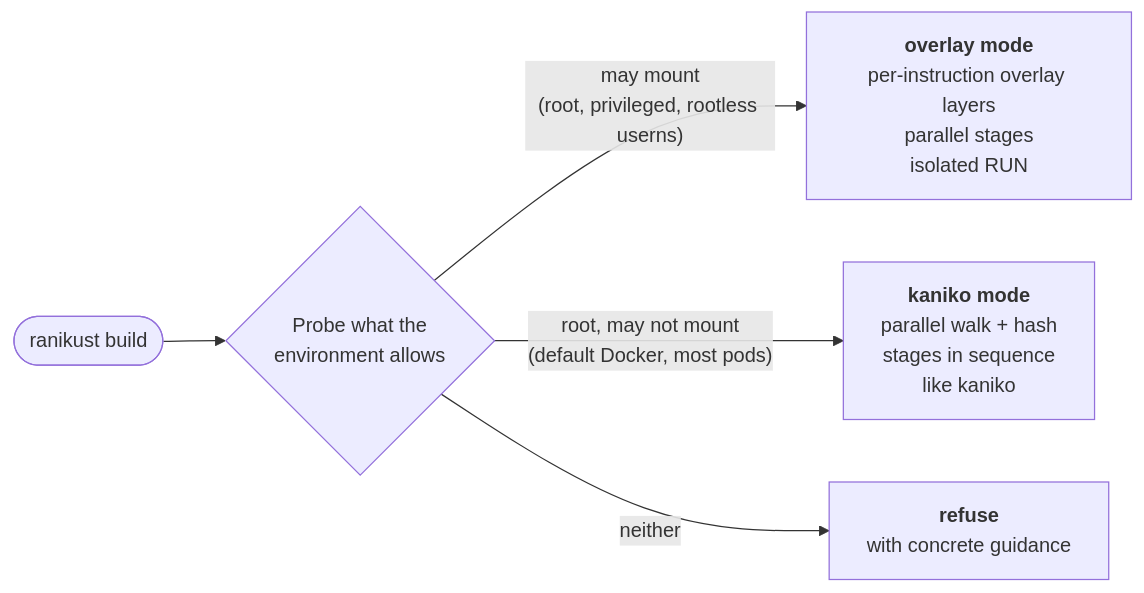
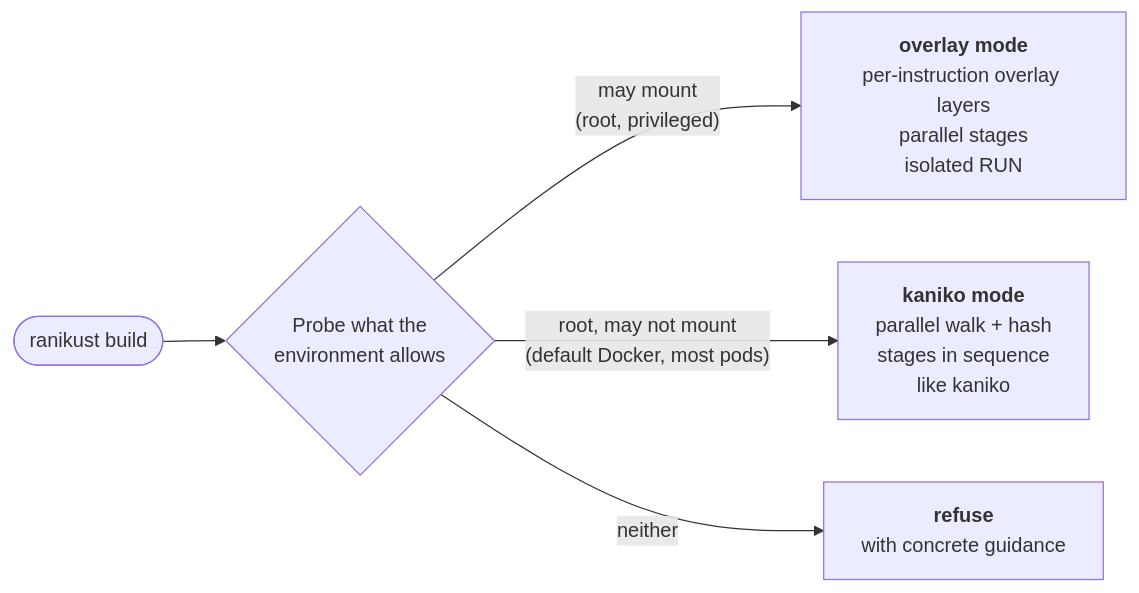
The diagram in README.md (tran4774/ranikust), drawn with Mermaid before and after one commit. The commit also changed other lines of this file and 3 other files, not shown here.

````diff
--- a/README.md
+++ b/README.md
@@ -56,7 +56,7 @@
 ```mermaid
 flowchart LR
     build(["ranikust build"]) --> probe{"Probe what the<br/>environment allows"}
-    probe -- "may mount<br/>(root, privileged, rootless userns)" --> overlay["<b>overlay mode</b><br/>per-instruction overlay layers<br/>parallel stages<br/>isolated RUN"]
+    probe -- "may mount<br/>(root, privileged)" --> overlay["<b>overlay mode</b><br/>per-instruction overlay layers<br/>parallel stages<br/>isolated RUN"]
     probe -- "root, may not mount<br/>(default Docker, most pods)" --> kaniko["<b>kaniko mode</b><br/>parallel walk + hash<br/>stages in sequence<br/>like kaniko"]
     probe -- "neither" --> refuse["<b>refuse</b><br/>with concrete guidance"]
 ```
````
